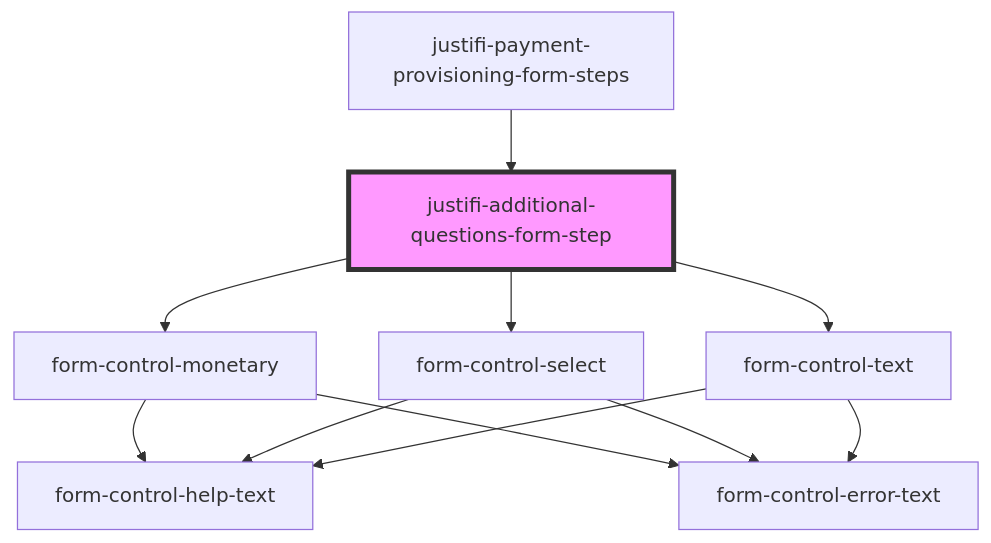
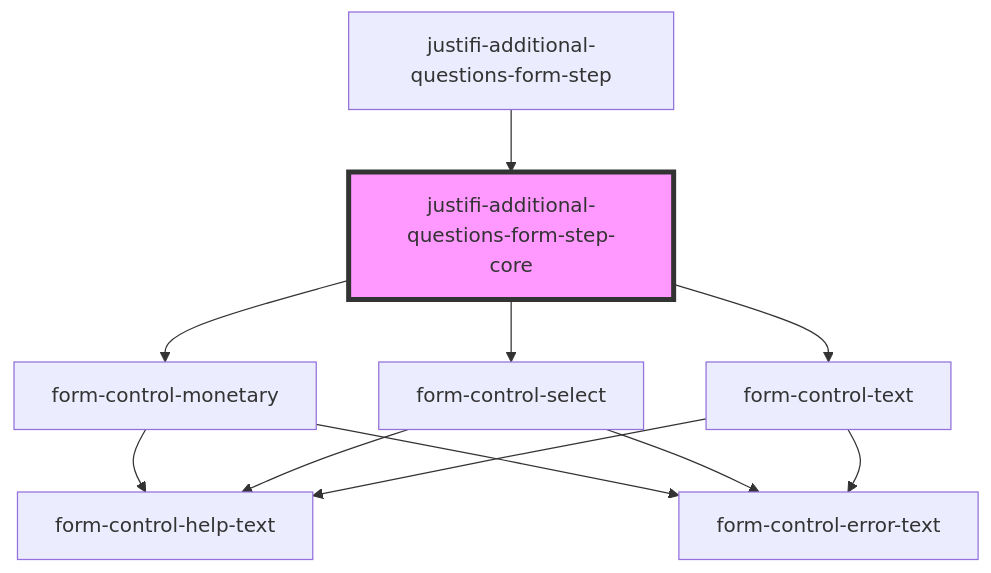
Before and after one commit to justifi-tech/web-component-library: the diagram in packages/webcomponents/src/components/business-forms/payment-provisioning/additional-questions/readme.md, drawn with Mermaid. The commit also changed other lines of this file and 3 other files, not shown here.

````diff
--- a/packages/webcomponents/src/components/business-forms/payment-provisioning/additional-questions/readme.md
+++ b/packages/webcomponents/src/components/business-forms/payment-provisioning/additional-questions/readme.md
@@ -58,14 +60,14 @@
 ```mermaid
 graph TD;
-  justifi-additional-questions-form-step --> form-control-monetary
-  justifi-additional-questions-form-step --> form-control-select
-  justifi-additional-questions-form-step --> form-control-text
+  justifi-additional-questions-form-step-core --> form-control-monetary
+  justifi-additional-questions-form-step-core --> form-control-select
+  justifi-additional-questions-form-step-core --> form-control-text
   form-control-monetary --> form-control-help-text
   form-control-monetary --> form-control-error-text
   form-control-select --> form-control-help-text
   form-control-select --> form-control-error-text
   form-control-text --> form-control-help-text
   form-control-text --> form-control-error-text
-  justifi-payment-provisioning-form-steps --> justifi-additional-questions-form-step
-  style justifi-additional-questions-form-step fill:#f9f,stroke:#333,stroke-width:4px
+  justifi-additional-questions-form-step --> justifi-additional-questions-form-step-core
+  style justifi-additional-questions-form-step-core fill:#f9f,stroke:#333,stroke-width:4px
 ```
````
